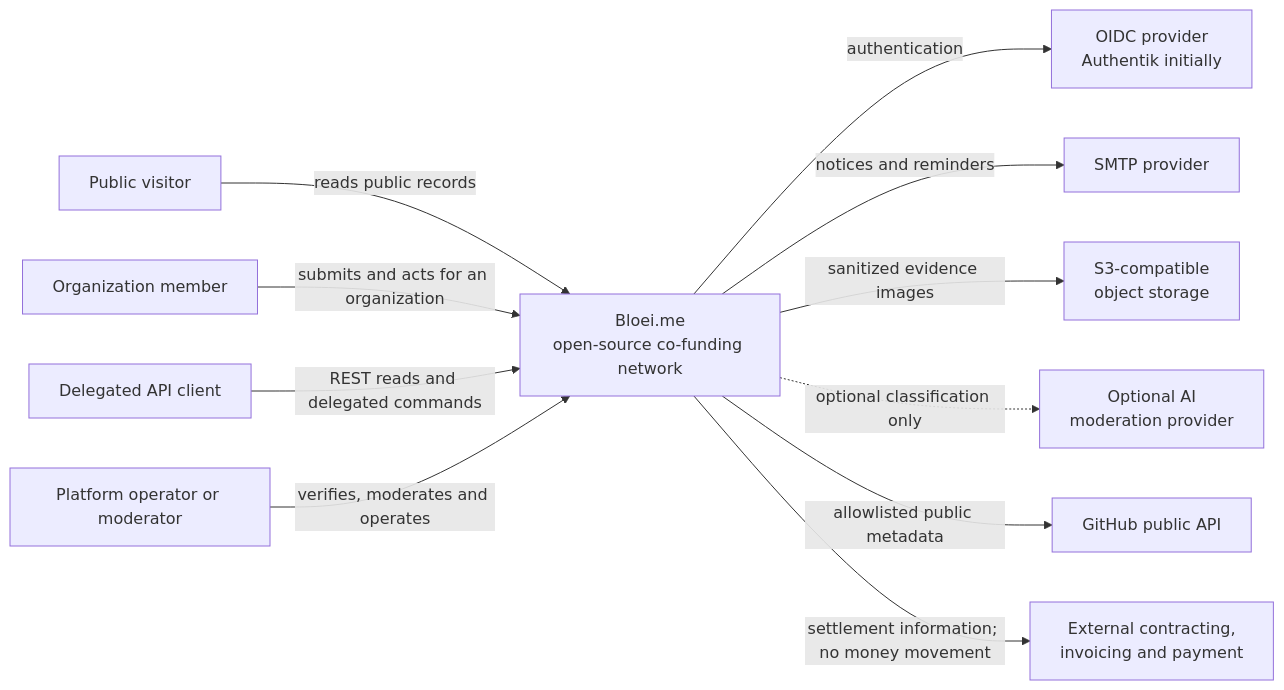
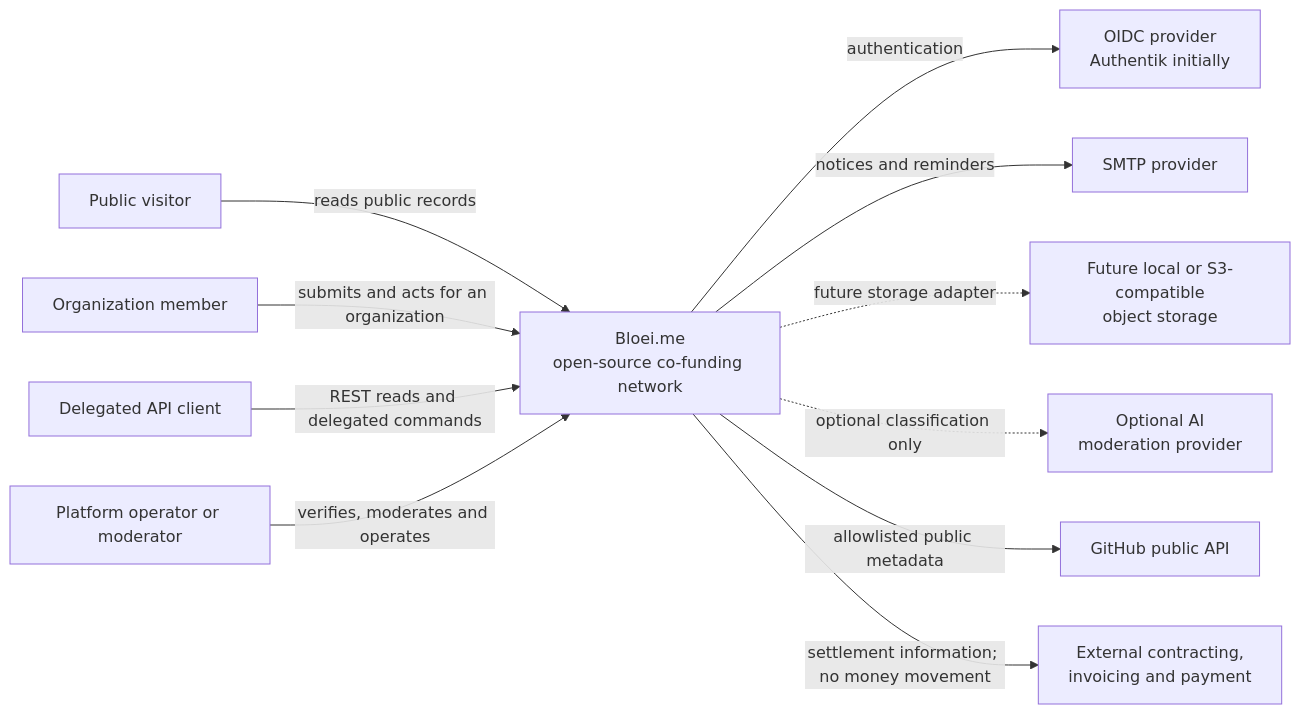
Before and after one commit to sdegroot/bloei.me: the first of 6 diagrams in solution-architecture.md, drawn with Mermaid. The commit also changed other lines of this file and 8 other files, not shown here.

Commit message:
docs(architecture): formalize technical pilot choices

````diff
--- a/solution-architecture.md
+++ b/solution-architecture.md
@@ -61,26 +61,26 @@
 ```mermaid
 flowchart LR
     visitor[Public visitor]
     member[Organization member]
     client[Delegated API client]
     operator[Platform operator or moderator]
     oidc[OIDC provider\nAuthentik initially]
     mail[SMTP provider]
-    storage[S3-compatible\nobject storage]
+    storage[Future local or S3-compatible\nobject storage]
     ai[Optional AI\nmoderation provider]
     github[GitHub public API]
     external[External contracting,\ninvoicing and payment]
 
     bloei[Bloei.me\nopen-source co-funding network]
 
     visitor -->|reads public records| bloei
     member -->|submits and acts for an organization| bloei
     client -->|REST reads and delegated commands| bloei
     operator -->|verifies, moderates and operates| bloei
     bloei -->|authentication| oidc
     bloei -->|notices and reminders| mail
-    bloei -->|sanitized evidence images| storage
+    bloei -.->|future storage adapter| storage
     bloei -.->|optional classification only| ai
     bloei -->|allowlisted public metadata| github
     bloei -->|settlement information; no money movement| external
 ```
````
